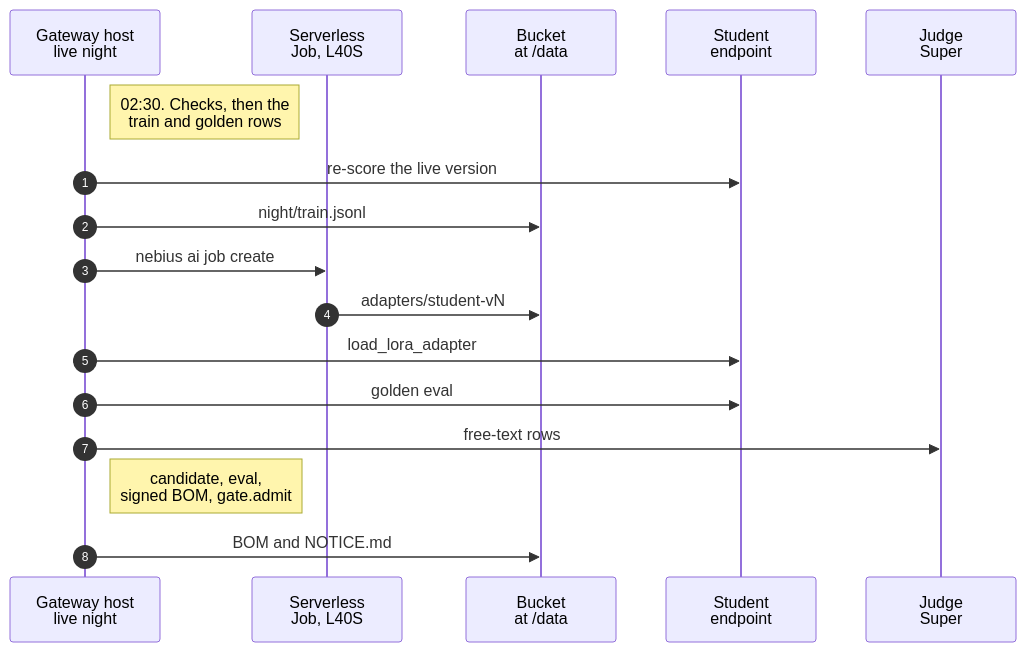
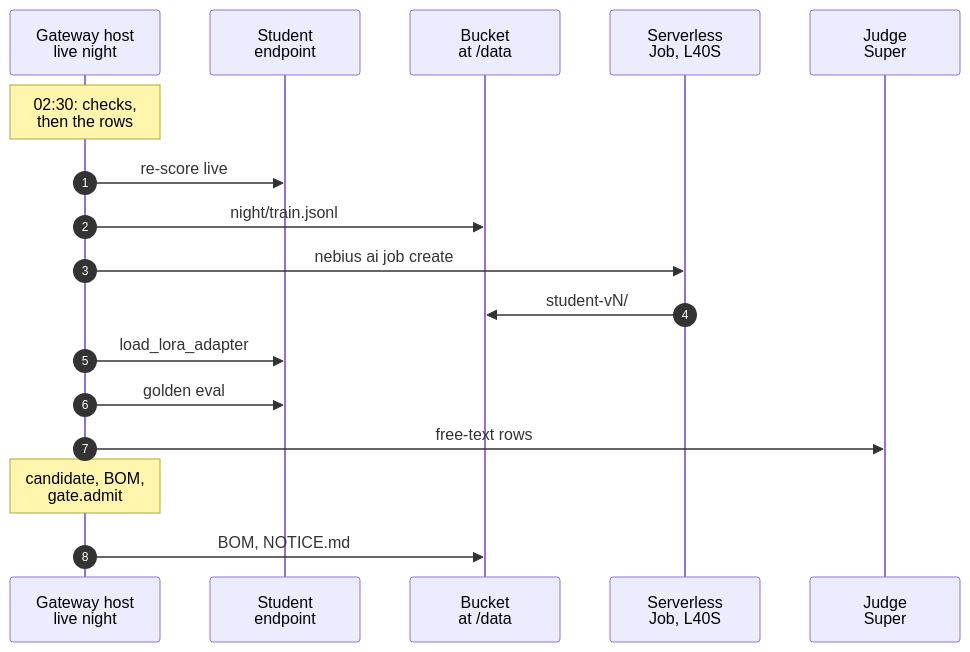
The second of 4 diagrams in docs-site/src/content/docs/guides/night-school.mdx (harshbhx/ratchet), drawn with Mermaid before and after one commit. The commit also changed other lines of this file and 3 other files, not shown here.

Commit message:
docs-site: pin label metrics against the page's prose rules, and tighten the night sequence, the rollback timeline and the breaker labels

````diff
--- a/docs-site/src/content/docs/guides/night-school.mdx
+++ b/docs-site/src/content/docs/guides/night-school.mdx
@@ -96,19 +96,19 @@
 ```mermaid
 sequenceDiagram
   autonumber
   participant Night as Gateway host<br/>live night
+  participant Student as Student<br/>endpoint
+  participant Bucket as Bucket<br/>at /data
   participant Job as Serverless<br/>Job, L40S
-  participant Bucket as Bucket<br/>at /data
-  participant Student as Student<br/>endpoint
   participant Judge as Judge<br/>Super
-  Note right of Night: 02:30. Checks, then the<br/>train and golden rows
-  Night->>Student: re-score the live version
+  Note over Night: 02:30: checks,<br/>then the rows
+  Night->>Student: re-score live
   Night->>Bucket: night/train.jsonl
   Night->>Job: nebius ai job create
-  Job->>Bucket: adapters/student-vN
+  Job->>Bucket: student-vN/
   Night->>Student: load_lora_adapter
   Night->>Student: golden eval
   Night->>Judge: free-text rows
-  Note right of Night: candidate, eval,<br/>signed BOM, gate.admit
-  Night->>Bucket: BOM and NOTICE.md
+  Note over Night: candidate, BOM,<br/>gate.admit
+  Night->>Bucket: BOM, NOTICE.md
 ```
````
